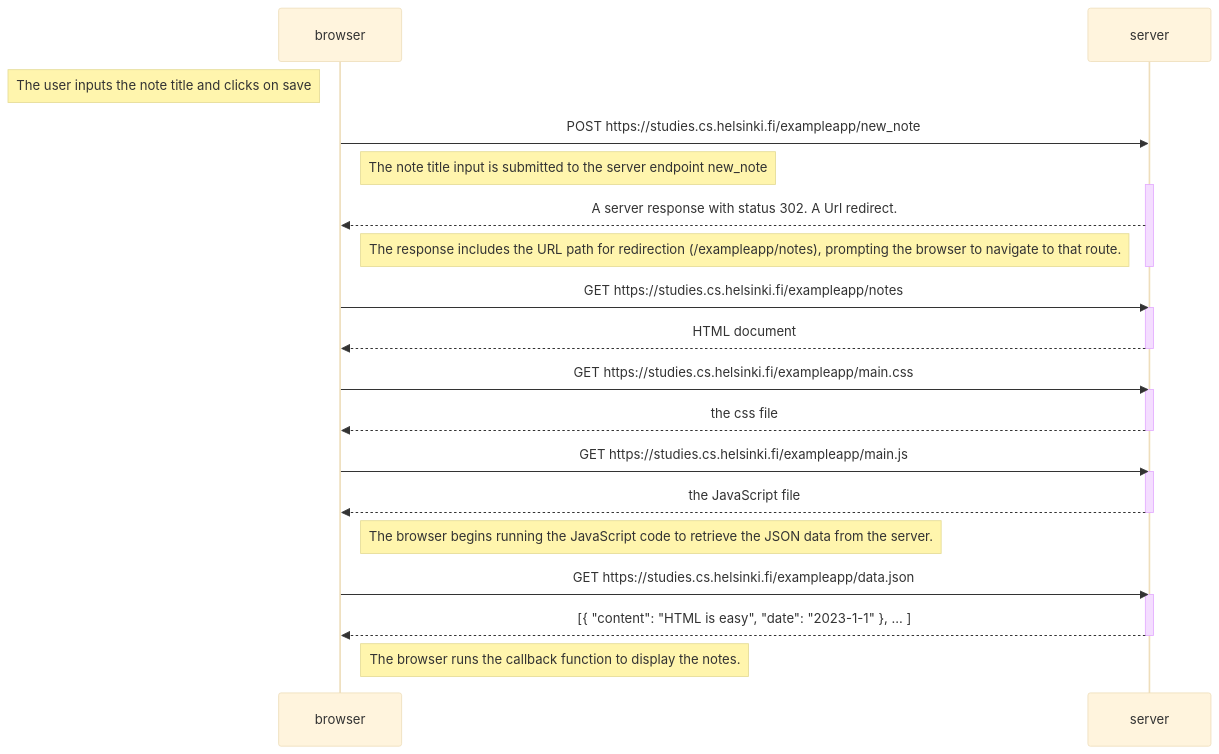
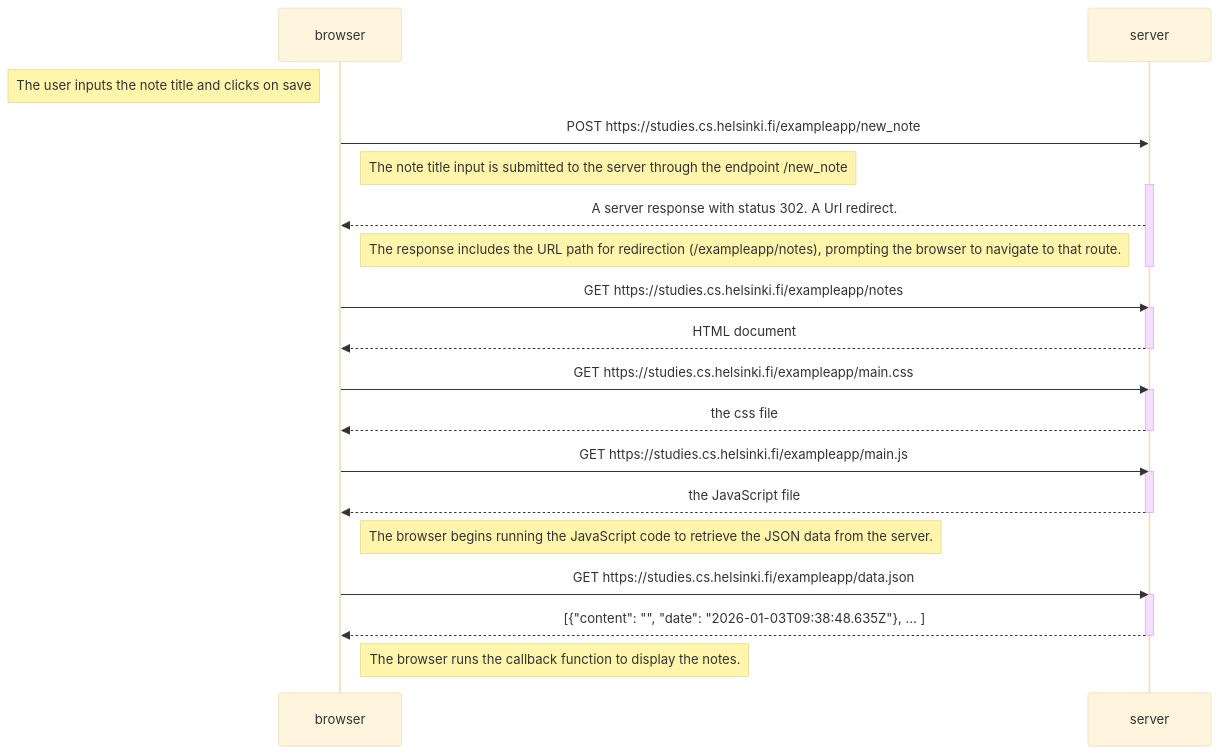
The diagram in part_0/exercise-04.md (Ifcodes/Full-Stack-Open-Ex), drawn with Mermaid (base theme) before and after one commit. The commit also changed 1 other file, not shown here.

Commit message:
exercise 04

````diff
--- a/part_0/exercise-04.md
+++ b/part_0/exercise-04.md
@@ -1,38 +1,38 @@
 ```mermaid
 sequenceDiagram
 participant browser
 participant server
 
 Note left of browser: The user inputs the note title and clicks on save
 
 browser->>server: POST https://studies.cs.helsinki.fi/exampleapp/new_note
-Note right of browser: The note title input is submitted to the server endpoint new_note
+Note right of browser: The note title input is submitted to the server through the endpoint /new_note
 activate server
 server-->>browser: A server response with status 302. A Url redirect.
 Note right of browser: The response includes the URL path for redirection (/exampleapp/notes), prompting the browser to navigate to that route.
 deactivate server
 
 browser->>server: GET https://studies.cs.helsinki.fi/exampleapp/notes
 activate server
 server-->>browser: HTML document
 deactivate server
 
 browser->>server: GET https://studies.cs.helsinki.fi/exampleapp/main.css
 activate server
 server-->>browser: the css file
 deactivate server
 
 browser->>server: GET https://studies.cs.helsinki.fi/exampleapp/main.js
 activate server
 server-->>browser: the JavaScript file
 deactivate server
 
 Note right of browser: The browser begins running the JavaScript code to retrieve the JSON data from the server.
 
 browser->>server: GET https://studies.cs.helsinki.fi/exampleapp/data.json
 activate server
-server-->>browser: [{ "content": "HTML is easy", "date": "2023-1-1" }, ... ]
+server-->>browser: [{"content": "", "date": "2026-01-03T09:38:48.635Z"}, ... ]
 deactivate server
 
 Note right of browser: The browser runs the callback function to display the notes.
 ```
````
